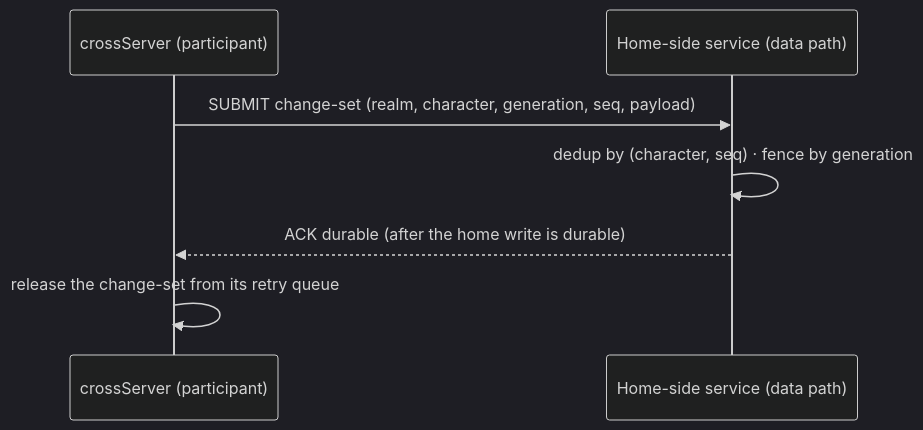
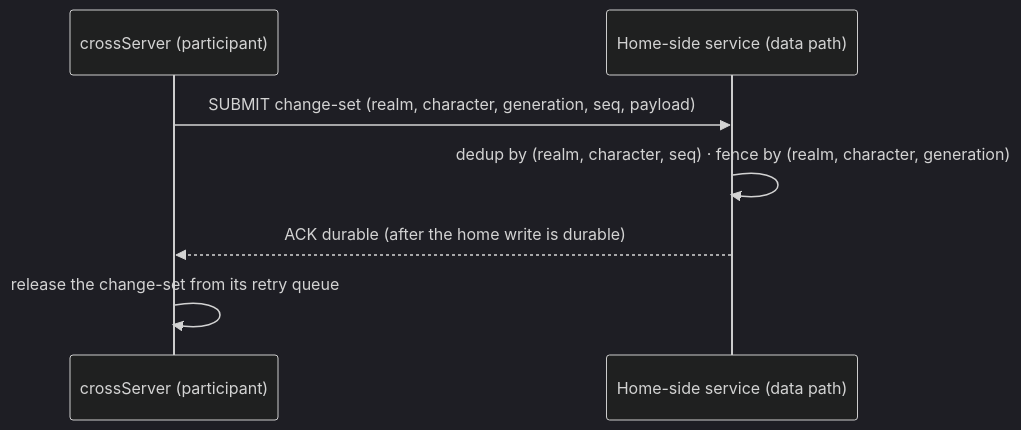
One commit to cuihairu/mistlane changed the diagram in docs/cross-return-protocol.md. Above: the diagram before and after it, drawn with Mermaid (dark theme). The commit also changed other lines of this file and 8 other files, not shown here.

````diff
--- a/docs/cross-return-protocol.md
+++ b/docs/cross-return-protocol.md
@@ -30,9 +30,9 @@
 ```mermaid
 sequenceDiagram
   participant X as crossServer (participant)
   participant H as Home-side service (data path)
   X->>H: SUBMIT change-set (realm, character, generation, seq, payload)
-  H->>H: dedup by (character, seq) · fence by generation
+  H->>H: dedup by (realm, character, seq) · fence by (realm, character, generation)
   H-->>X: ACK durable (after the home write is durable)
   X->>X: release the change-set from its retry queue
 ```
````
